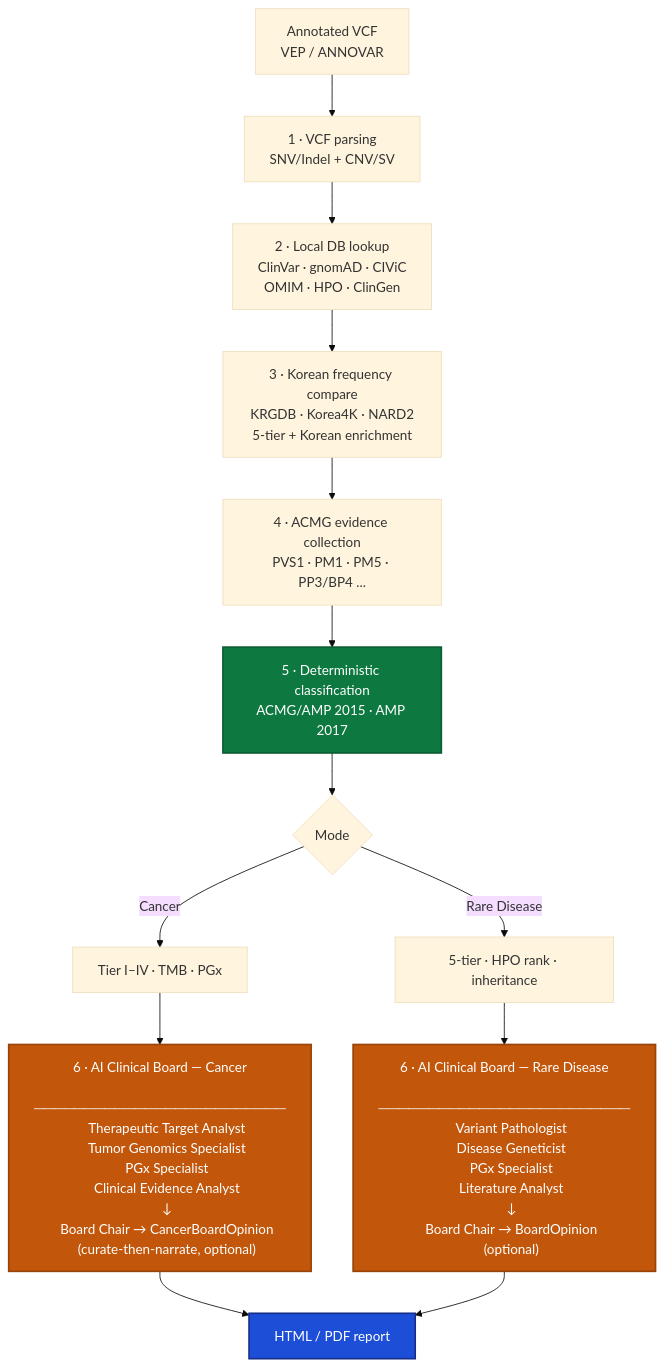
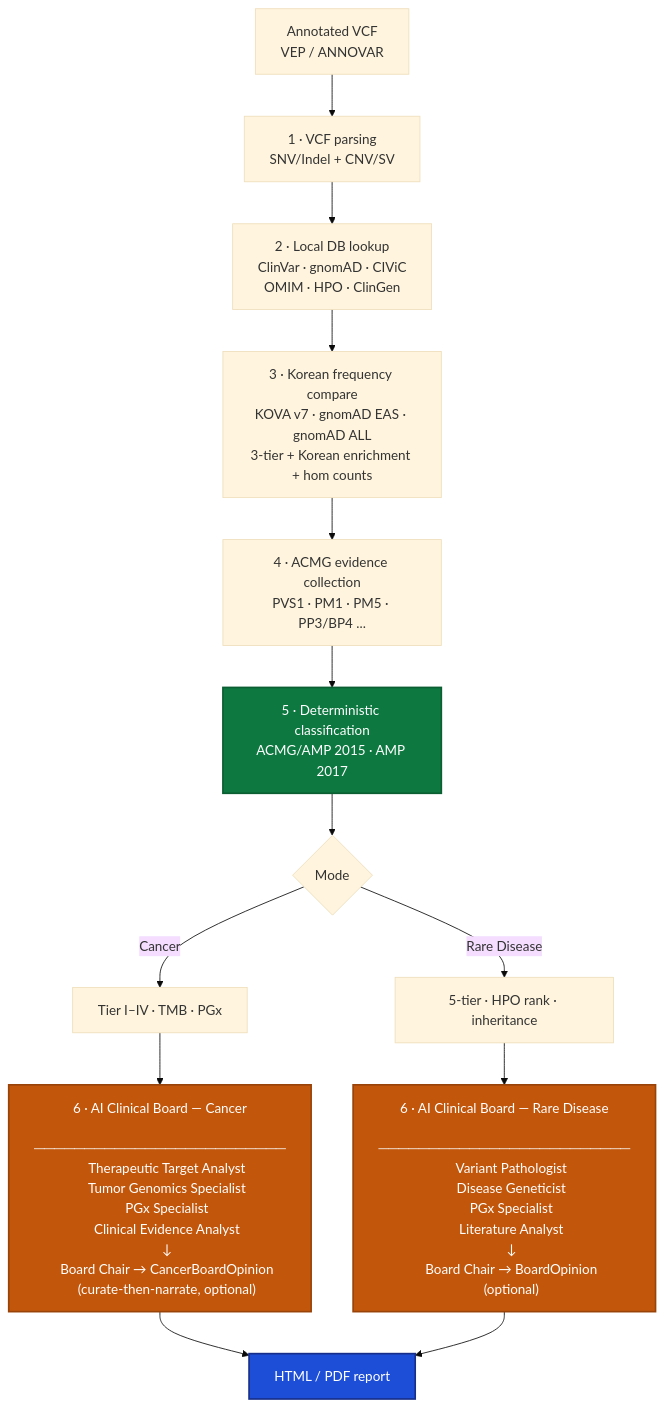
Before and after one commit to junehawk/BIKO-GenomeBoard: the diagram in README.en.md, drawn with Mermaid (base theme). The commit also changed other lines of this file and 1 other file, not shown here.

First line of the commit message:
docs(readme): replace Korea4K/NARD2/KRGDB with KOVA v7

````diff
--- a/README.en.md
+++ b/README.en.md
@@ -39,36 +39,36 @@
 ```mermaid
 flowchart TD
     A[Annotated VCF<br/>VEP / ANNOVAR] --> B[1 · VCF parsing<br/>SNV/Indel + CNV/SV]
     B --> C[2 · Local DB lookup<br/>ClinVar · gnomAD · CIViC<br/>OMIM · HPO · ClinGen]
-    C --> D[3 · Korean frequency compare<br/>KRGDB · Korea4K · NARD2<br/>5-tier + Korean enrichment]
+    C --> D[3 · Korean frequency compare<br/>KOVA v7 · gnomAD EAS · gnomAD ALL<br/>3-tier + Korean enrichment + hom counts]
     D --> E[4 · ACMG evidence collection<br/>PVS1 · PM1 · PM5 · PP3/BP4 ...]
     E --> F[5 · Deterministic classification<br/>ACMG/AMP 2015 · AMP 2017]
     F --> G{Mode}
     G -->|Cancer| H[Tier I–IV · TMB · PGx]
     G -->|Rare Disease| I[5-tier · HPO rank · inheritance]
     H --> J["6 · AI Clinical Board — Cancer
     ─────────────────────────
     Therapeutic Target Analyst
     Tumor Genomics Specialist
     PGx Specialist
     Clinical Evidence Analyst
     ↓
     Board Chair → CancerBoardOpinion
     (curate-then-narrate, optional)"]
     I --> K["6 · AI Clinical Board — Rare Disease
     ─────────────────────────
     Variant Pathologist
     Disease Geneticist
     PGx Specialist
     Literature Analyst
     ↓
     Board Chair → BoardOpinion
     (optional)"]
     J --> L[HTML / PDF report]
     K --> L
 
     style F fill:#0d7840,stroke:#0a5e32,stroke-width:2px,color:#ffffff
     style J fill:#c2570c,stroke:#9a4309,stroke-width:2px,color:#ffffff
     style K fill:#c2570c,stroke:#9a4309,stroke-width:2px,color:#ffffff
     style L fill:#1d4ed8,stroke:#172f8a,stroke-width:2px,color:#ffffff
 ```
````
